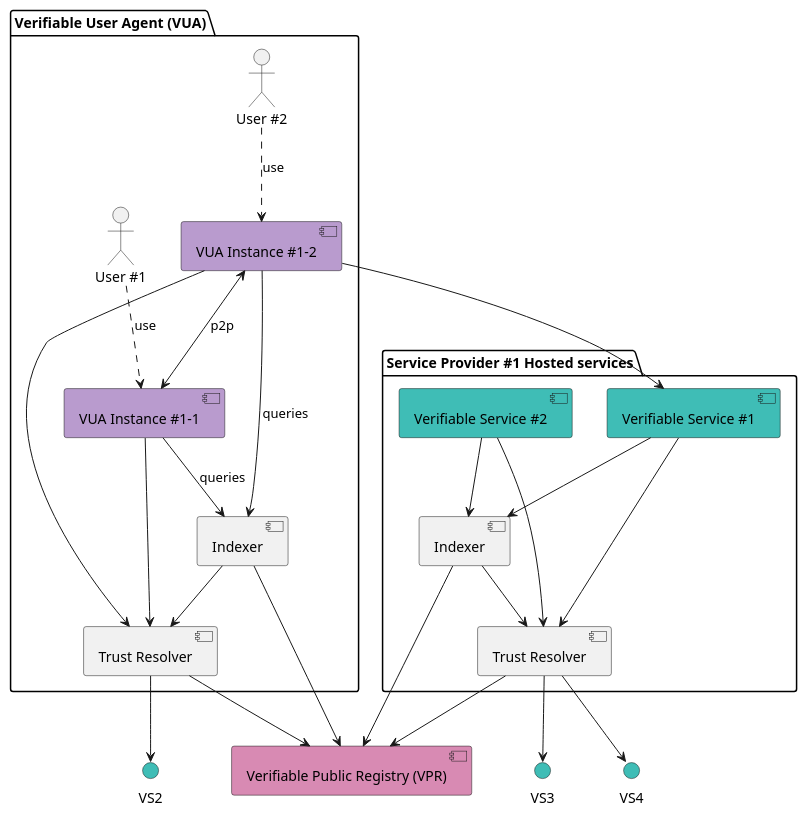
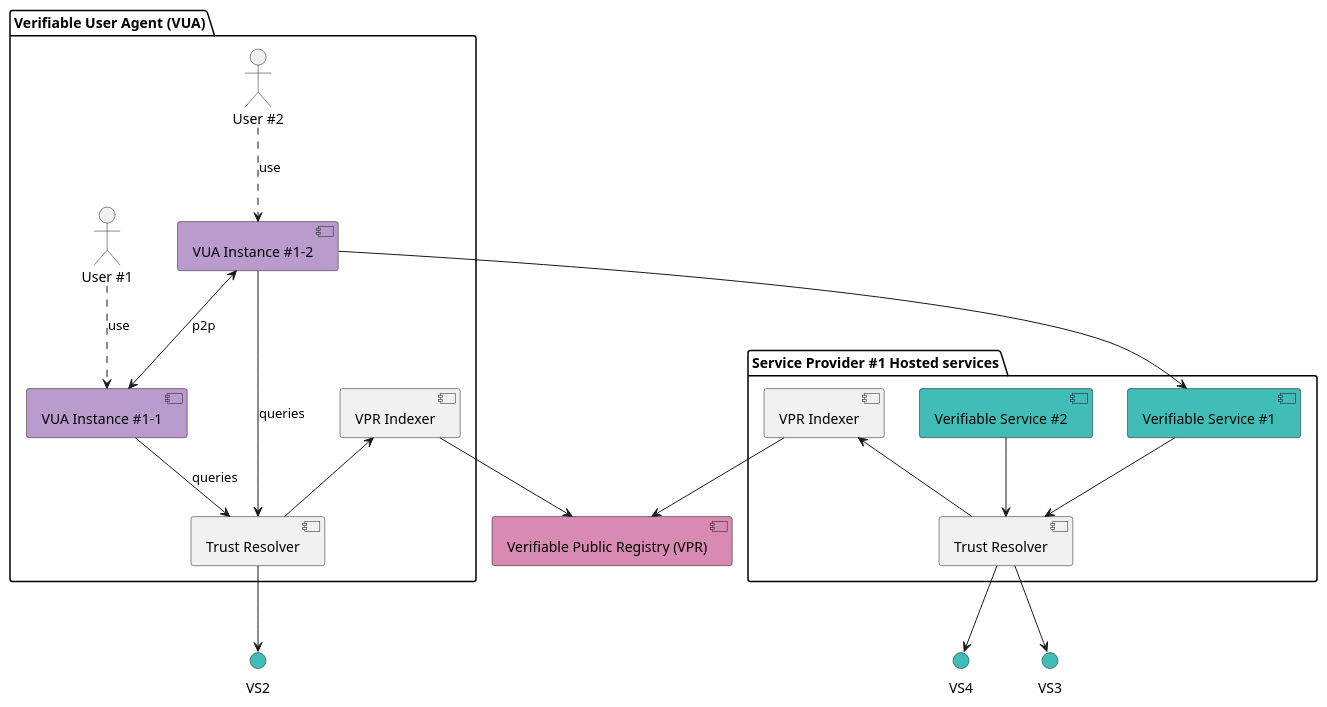
One commit to verana-labs/verana-docs changed the fourth of 4 diagrams in docs/learn/verifiable-trust/30-components.md. Above: the diagram before and after it, drawn with PlantUML. The commit also changed other lines of this file and 1 other file, not shown here.

Commit message:
schema updates

````diff
--- a/docs/learn/verifiable-trust/30-components.md
+++ b/docs/learn/verifiable-trust/30-components.md
@@ -105,64 +104,58 @@
 ```plantuml
 @startuml
 
 [Verifiable Public Registry (VPR)] as VPR #D88AB3
 
 
 package "Service Provider #1 Hosted services" as VSP  {
   [Verifiable Service #1] as VS1sa #3fbdb6
   [Verifiable Service #2] as VS2sa #3fbdb6
   
     [Trust Resolver] as VS1tr
-    [Indexer] as VS1idx
+    [VPR Indexer] as VS1idx
     VS1sa --> VS1tr
-    VS1sa --> VS1idx
-    VS1idx --> VS1tr
+    VS1idx <-- VS1tr
 
     VS2sa --> VS1tr
-    VS2sa --> VS1idx
 }
 
 interface VS2 #3fbdb6
 interface VS3 #3fbdb6
 interface VS4 #3fbdb6
 
 
 package "Verifiable User Agent (VUA)" as App1 {
     actor "User #1" as user1
 actor "User #2" as user2
   [VUA Instance #1-1] as VUA11 #b99bce
   [VUA Instance #1-2] as VUA12 #b99bce
     [Trust Resolver] as VUAtr
-    [Indexer] as VUAidx
+    [VPR Indexer] as VUAidx
 
 }
 
 VUAtr --> VS2
 
-VUAtr --> VPR
 VUAidx --> VPR
 
-VUAidx --> VUAtr
+VUAidx <-- VUAtr
 
-VS1tr --> VPR
 VS1tr --> VS3
 VS1tr --> VS4
 
 VS1idx --> VPR
 
 
-VUA12 --> VUAtr
-VUA11 --> VUAtr
-VUA12 --> VUAidx : queries
-VUA11 --> VUAidx : queries
+VUA12 --> VUAtr : queries
+VUA11 --> VUAtr : queries
 
 VUA12 <--> VUA11 : p2p
 
 user1 ..> VUA11 : use
 user2 ..> VUA12 : use
 
 VUA12 -->  VS1sa
 
 @enduml
 
 ```
````
